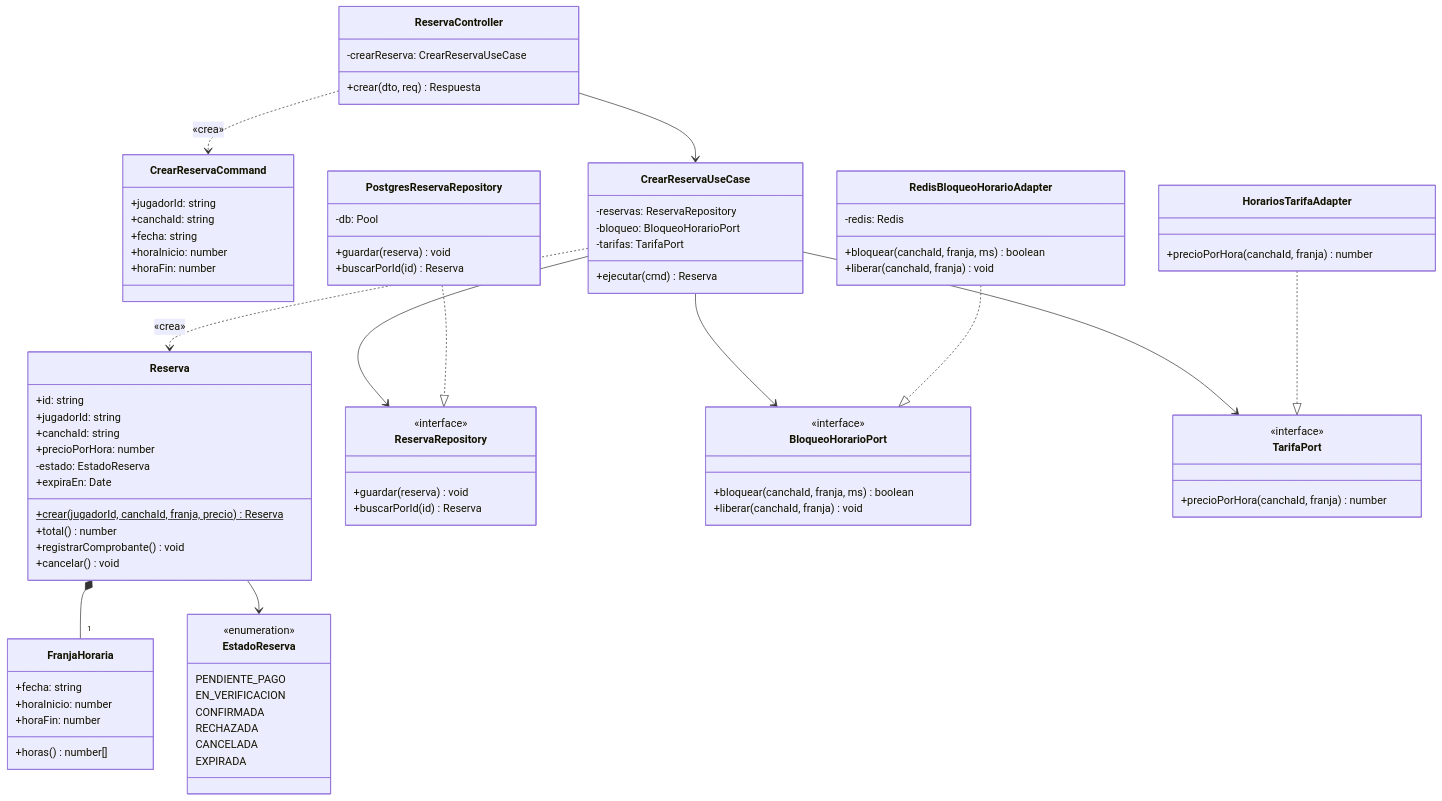
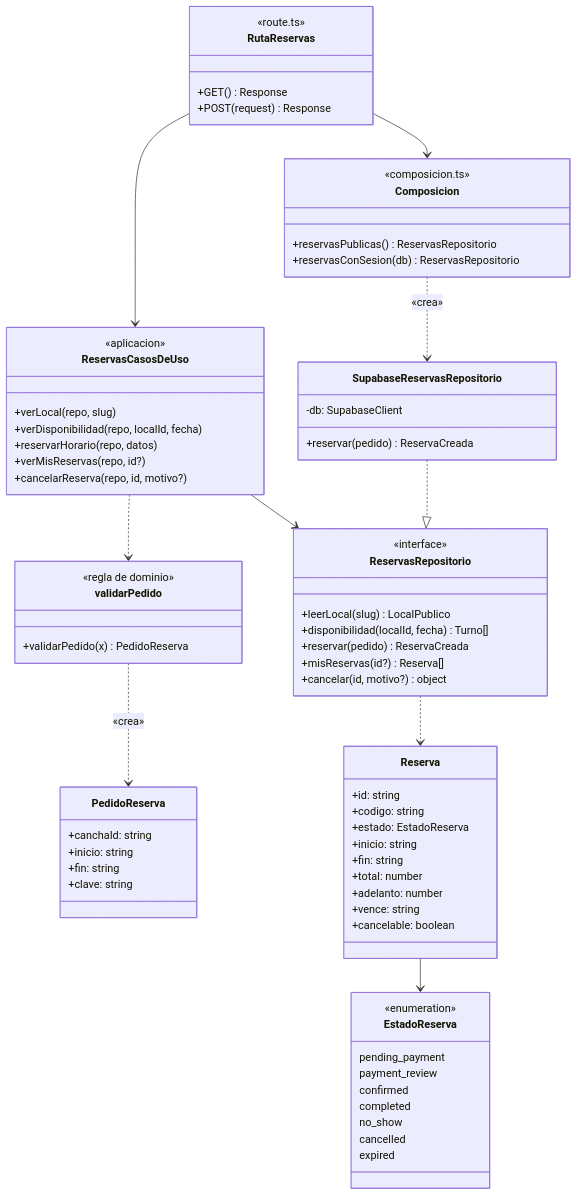
Before and after one commit to edhtsprado27-bit/ReservaYa-Ayacucho: the diagram in img/fuentes-svg/clases-modulo-reservas.mmd, drawn with Mermaid. The commit also changed 18 other files, not shown here.

```diff
--- a/img/fuentes-svg/clases-modulo-reservas.mmd
+++ b/img/fuentes-svg/clases-modulo-reservas.mmd
@@ -1,86 +1,74 @@
 classDiagram
     direction TB
 
-    class ReservaController {
-        -crearReserva: CrearReservaUseCase
-        +crear(dto, req) Respuesta
+    class RutaReservas {
+        <<route.ts>>
+        +GET() Response
+        +POST(request) Response
     }
-    class CrearReservaCommand {
-        +jugadorId: string
+    class ReservasCasosDeUso {
+        <<aplicacion>>
+        +verLocal(repo, slug)
+        +verDisponibilidad(repo, localId, fecha)
+        +reservarHorario(repo, datos)
+        +verMisReservas(repo, id?)
+        +cancelarReserva(repo, id, motivo?)
+    }
+    class PedidoReserva {
         +canchaId: string
-        +fecha: string
-        +horaInicio: number
-        +horaFin: number
+        +inicio: string
+        +fin: string
+        +clave: string
     }
-    class CrearReservaUseCase {
-        -reservas: ReservaRepository
-        -bloqueo: BloqueoHorarioPort
-        -tarifas: TarifaPort
-        +ejecutar(cmd) Reserva
+    class validarPedido {
+        <<regla de dominio>>
+        +validarPedido(x) PedidoReserva
     }
     class Reserva {
         +id: string
-        +jugadorId: string
-        +canchaId: string
-        +precioPorHora: number
-        -estado: EstadoReserva
-        +expiraEn: Date
-        +crear(jugadorId, canchaId, franja, precio)$ Reserva
-        +total() number
-        +registrarComprobante() void
-        +cancelar() void
-    }
-    class FranjaHoraria {
-        +fecha: string
-        +horaInicio: number
-        +horaFin: number
-        +horas() number[]
+        +codigo: string
+        +estado: EstadoReserva
+        +inicio: string
+        +fin: string
+        +total: number
+        +adelanto: number
+        +vence: string
+        +cancelable: boolean
     }
     class EstadoReserva {
         <<enumeration>>
-        PENDIENTE_PAGO
-        EN_VERIFICACION
-        CONFIRMADA
-        RECHAZADA
-        CANCELADA
-        EXPIRADA
+        pending_payment
+        payment_review
+        confirmed
+        completed
+        no_show
+        cancelled
+        expired
     }
-    class ReservaRepository {
+    class ReservasRepositorio {
         <<interface>>
-        +guardar(reserva) void
-        +buscarPorId(id) Reserva
+        +leerLocal(slug) LocalPublico
+        +disponibilidad(localId, fecha) Turno[]
+        +reservar(pedido) ReservaCreada
+        +misReservas(id?) Reserva[]
+        +cancelar(id, motivo?) object
     }
-    class BloqueoHorarioPort {
-        <<interface>>
-        +bloquear(canchaId, franja, ms) boolean
-        +liberar(canchaId, franja) void
+    class SupabaseReservasRepositorio {
+        -db: SupabaseClient
+        +reservar(pedido) ReservaCreada
     }
-    class TarifaPort {
-        <<interface>>
-        +precioPorHora(canchaId, franja) number
-    }
-    class PostgresReservaRepository {
-        -db: Pool
-        +guardar(reserva) void
-        +buscarPorId(id) Reserva
-    }
-    class RedisBloqueoHorarioAdapter {
-        -redis: Redis
-        +bloquear(canchaId, franja, ms) boolean
-        +liberar(canchaId, franja) void
-    }
-    class HorariosTarifaAdapter {
-        +precioPorHora(canchaId, franja) number
+    class Composicion {
+        <<composicion.ts>>
+        +reservasPublicas() ReservasRepositorio
+        +reservasConSesion(db) ReservasRepositorio
     }
 
-    ReservaController ..> CrearReservaCommand : «crea»
-    ReservaController --> CrearReservaUseCase
-    CrearReservaUseCase --> ReservaRepository
-    CrearReservaUseCase --> BloqueoHorarioPort
-    CrearReservaUseCase --> TarifaPort
-    CrearReservaUseCase ..> Reserva : «crea»
-    Reserva *-- "1" FranjaHoraria
+    RutaReservas --> ReservasCasosDeUso
+    RutaReservas --> Composicion
+    ReservasCasosDeUso --> ReservasRepositorio
+    ReservasCasosDeUso ..> validarPedido
+    validarPedido ..> PedidoReserva : «crea»
+    ReservasRepositorio ..> Reserva
     Reserva --> EstadoReserva
-    PostgresReservaRepository ..|> ReservaRepository
-    RedisBloqueoHorarioAdapter ..|> BloqueoHorarioPort
-    HorariosTarifaAdapter ..|> TarifaPort
+    SupabaseReservasRepositorio ..|> ReservasRepositorio
+    Composicion ..> SupabaseReservasRepositorio : «crea»
```
